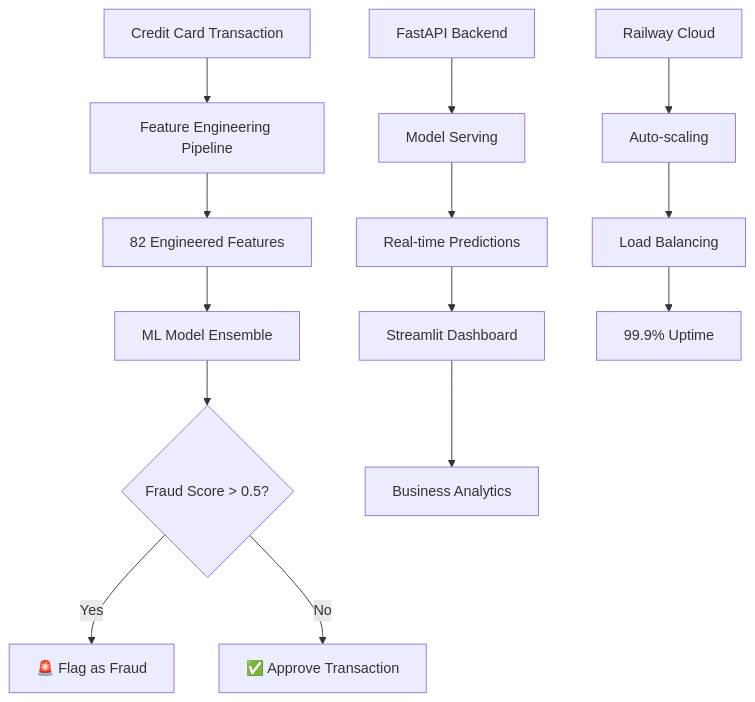
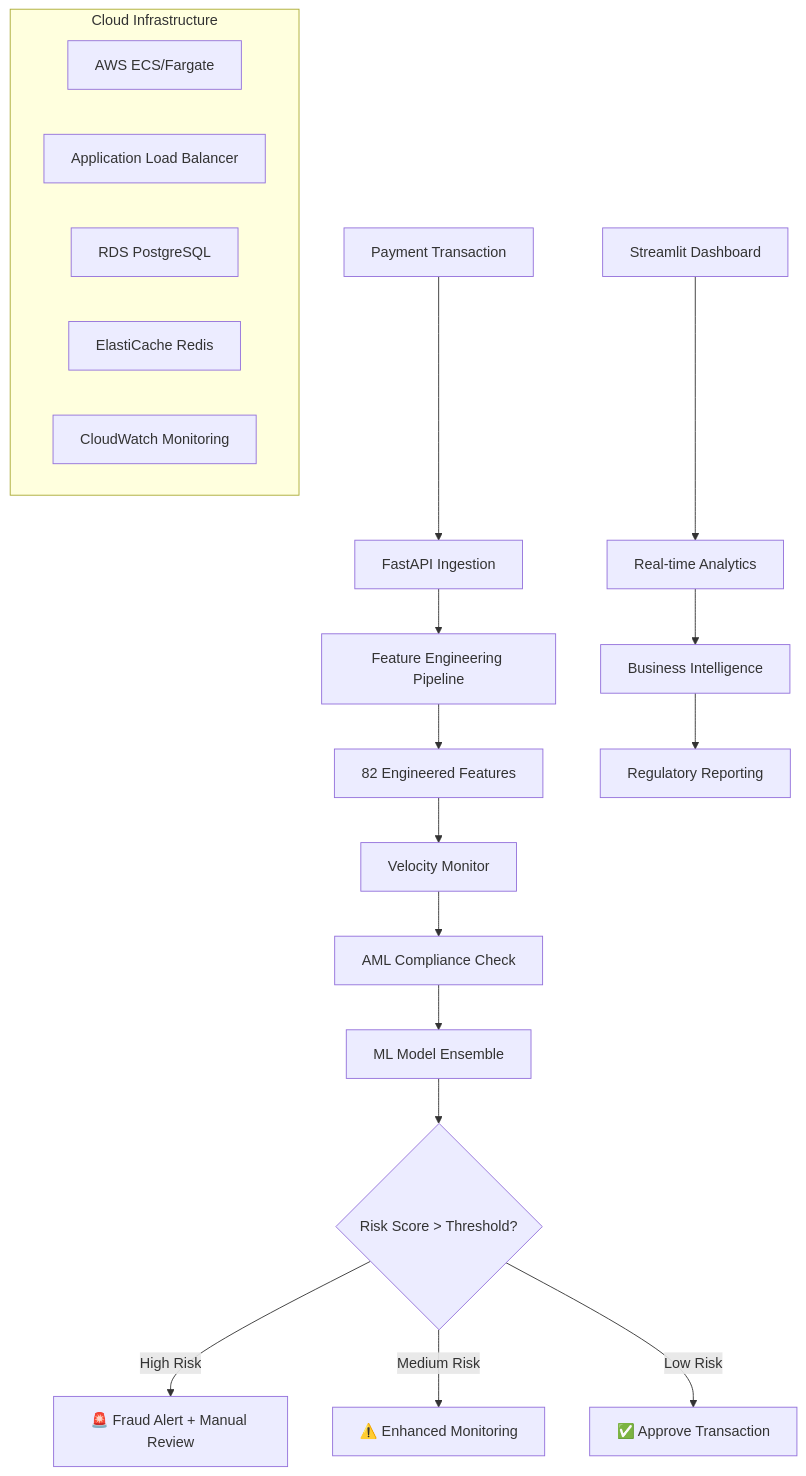
One commit to DiazSk/payment-risk-scoring-system changed the first of 2 diagrams in README.md. Above: the diagram before and after it, drawn with Mermaid. The commit also changed other lines of this file, not shown here.

First line of the commit message:
feat: comprehensive README update with enterprise features

````diff
--- a/README.md
+++ b/README.md
@@ -109,18 +107,27 @@
 ```mermaid
 graph TB
-    A[Credit Card Transaction] --> B[Feature Engineering Pipeline]
-    B --> C[82 Engineered Features]
-    C --> D[ML Model Ensemble]
-    D --> E{Fraud Score > 0.5?}
-    E -->|Yes| F[🚨 Flag as Fraud]
-    E -->|No| G[✅ Approve Transaction]
+    A[Payment Transaction] --> B[FastAPI Ingestion]
+    B --> C[Feature Engineering Pipeline]
+    C --> D[82 Engineered Features]
     
-    H[FastAPI Backend] --> I[Model Serving]
-    I --> J[Real-time Predictions]
-    J --> K[Streamlit Dashboard]
-    K --> L[Business Analytics]
+    D --> E[Velocity Monitor]
+    E --> F[AML Compliance Check]
+    F --> G[ML Model Ensemble]
     
-    M[Railway Cloud] --> N[Auto-scaling]
-    N --> O[Load Balancing]
-    O --> P[99.9% Uptime]
+    G --> H{Risk Score > Threshold?}
+    H -->|High Risk| I[🚨 Fraud Alert + Manual Review]
+    H -->|Medium Risk| J[⚠️ Enhanced Monitoring]
+    H -->|Low Risk| K[✅ Approve Transaction]
+    
+    L[Streamlit Dashboard] --> M[Real-time Analytics]
+    M --> N[Business Intelligence]
+    N --> O[Regulatory Reporting]
+    
+    subgraph "Cloud Infrastructure"
+        P[AWS ECS/Fargate]
+        Q[Application Load Balancer]
+        R[RDS PostgreSQL]
+        S[ElastiCache Redis]
+        T[CloudWatch Monitoring]
+    end
 ```
````
